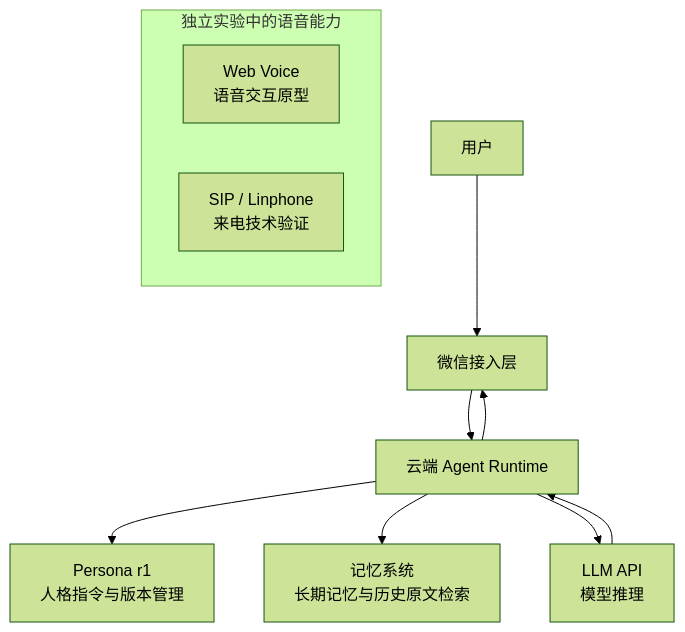
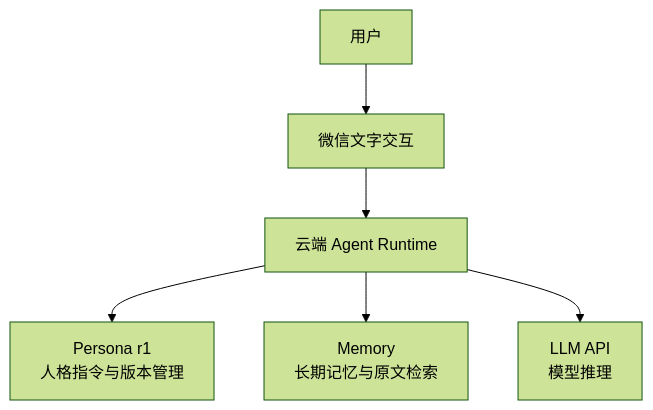
One commit to m173768772601-debug/pp-phone-showcase changed the diagram in README.md. Above: the diagram before and after it, drawn with Mermaid (forest theme). The commit also changed other lines of this file, not shown here.

````diff
--- a/README.md
+++ b/README.md
@@ -34,17 +35,17 @@
 ```mermaid
 flowchart TB
-    U["用户"] --> WX["微信接入层"]
-    WX --> RT["云端 Agent Runtime"]
+    U["用户"]
+    WX["微信文字交互"]
+    RT["云端 Agent Runtime"]
 
-    RT --> P["Persona r1<br/>人格指令与版本管理"]
-    RT --> M["记忆系统<br/>长期记忆与历史原文检索"]
-    RT --> L["LLM API<br/>模型推理"]
+    P["Persona r1<br/>人格指令与版本管理"]
+    M["Memory<br/>长期记忆与原文检索"]
+    L["LLM API<br/>模型推理"]
 
-    L --> RT
-    RT --> WX
+    U --> WX
+    WX --> RT
 
-    subgraph EXP["独立实验中的语音能力"]
-        WEB["Web Voice<br/>语音交互原型"]
-        SIP["SIP / Linphone<br/>来电技术验证"]
-    end
+    RT --> P
+    RT --> M
+    RT --> L
 ```
````
